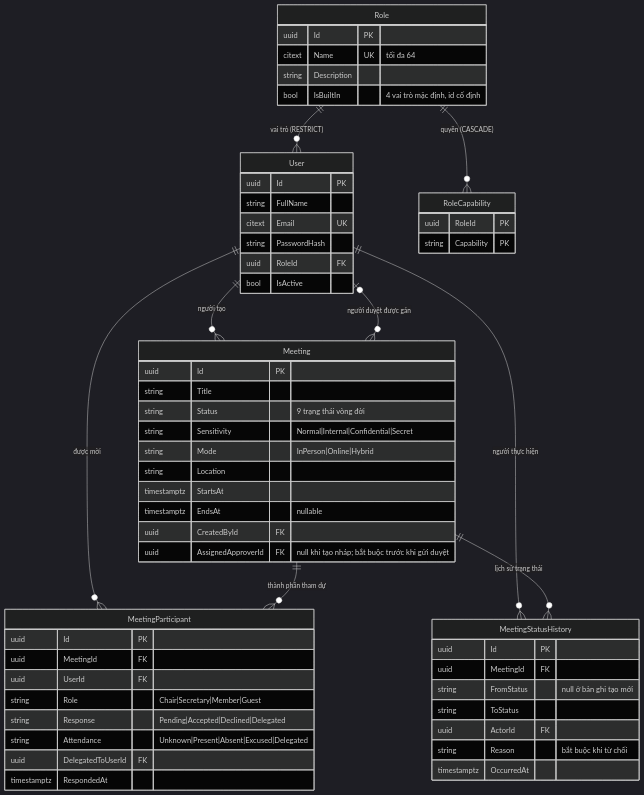
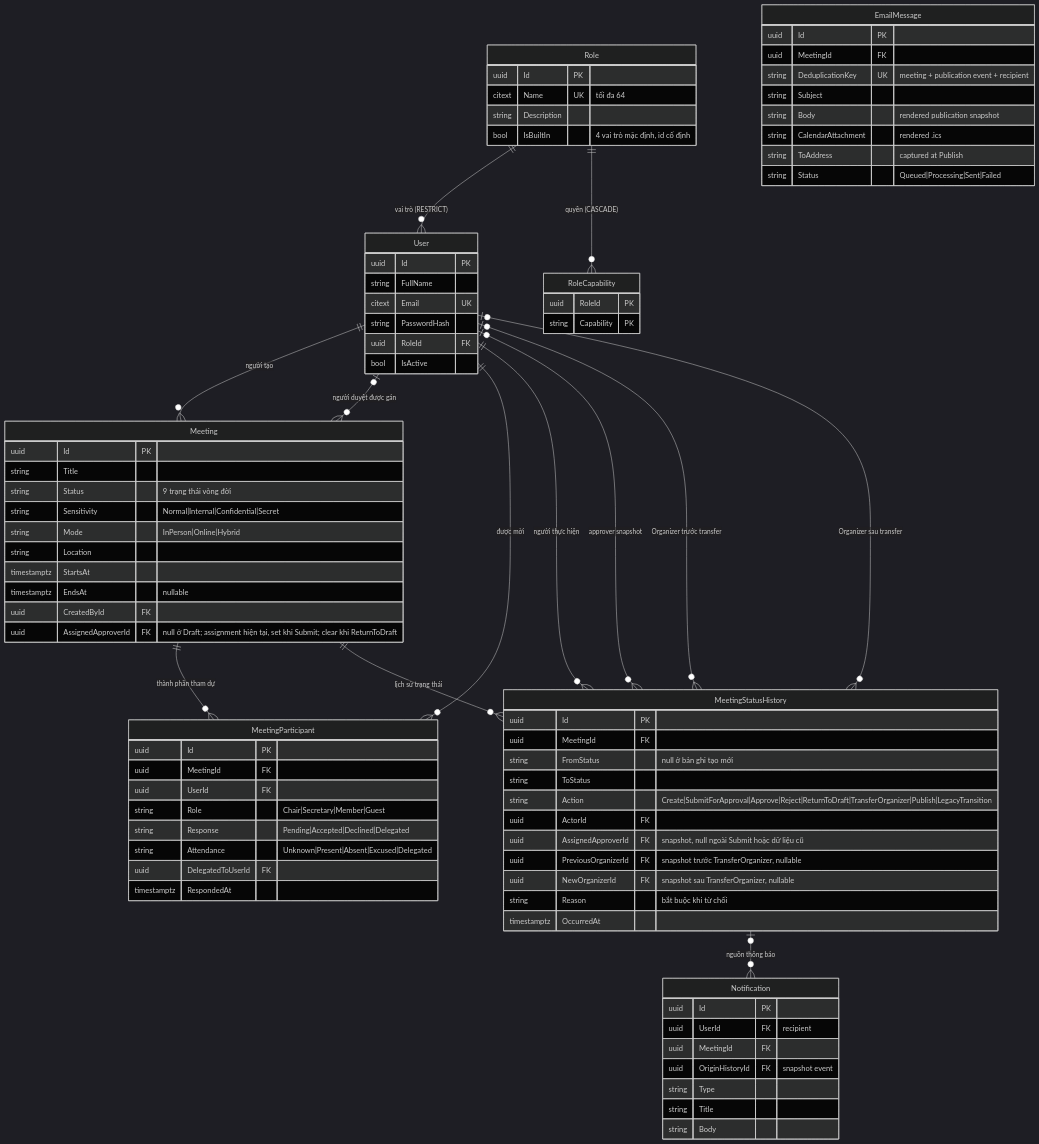
One commit to callmehai/FU-FA26-G116 changed the first of 5 diagrams in docs/02-design/02-erd.md. Above: the diagram before and after it, drawn with Mermaid (dark theme). The commit also changed other lines of this file and 132 other files, not shown here.

First line of the commit message:
SCRUM-19: Add meeting approval and publication workflow (#41)

````diff
--- a/docs/02-design/02-erd.md
+++ b/docs/02-design/02-erd.md
@@ -42,8 +42,12 @@
     User o|--o{ Meeting : "người duyệt được gán"
     User ||--o{ MeetingParticipant : "được mời"
     User ||--o{ MeetingStatusHistory : "người thực hiện"
+    User o|--o{ MeetingStatusHistory : "approver snapshot"
+    User o|--o{ MeetingStatusHistory : "Organizer trước transfer"
+    User o|--o{ MeetingStatusHistory : "Organizer sau transfer"
     Meeting ||--o{ MeetingParticipant : "thành phần tham dự"
     Meeting ||--o{ MeetingStatusHistory : "lịch sử trạng thái"
+    MeetingStatusHistory o|--o{ Notification : "nguồn thông báo"
 
     User {
         uuid Id PK
@@ -73,7 +77,7 @@
         timestamptz StartsAt
         timestamptz EndsAt "nullable"
         uuid CreatedById FK
-        uuid AssignedApproverId FK "null khi tạo nháp; bắt buộc trước khi gửi duyệt"
+        uuid AssignedApproverId FK "null ở Draft; assignment hiện tại, set khi Submit; clear khi ReturnToDraft"
     }
     MeetingParticipant {
         uuid Id PK
@@ -90,8 +94,31 @@
         uuid MeetingId FK
         string FromStatus "null ở bản ghi tạo mới"
         string ToStatus
+        string Action "Create|SubmitForApproval|Approve|Reject|ReturnToDraft|TransferOrganizer|Publish|LegacyTransition"
         uuid ActorId FK
+        uuid AssignedApproverId FK "snapshot, null ngoài Submit hoặc dữ liệu cũ"
+        uuid PreviousOrganizerId FK "snapshot trước TransferOrganizer, nullable"
+        uuid NewOrganizerId FK "snapshot sau TransferOrganizer, nullable"
         string Reason "bắt buộc khi từ chối"
         timestamptz OccurredAt
     }
+    Notification {
+        uuid Id PK
+        uuid UserId FK "recipient"
+        uuid MeetingId FK
+        uuid OriginHistoryId FK "snapshot event"
+        string Type
+        string Title
+        string Body
+    }
+    EmailMessage {
+        uuid Id PK
+        uuid MeetingId FK
+        string DeduplicationKey UK "meeting + publication event + recipient"
+        string Subject
+        string Body "rendered publication snapshot"
+        string CalendarAttachment "rendered .ics"
+        string ToAddress "captured at Publish"
+        string Status "Queued|Processing|Sent|Failed"
+    }
 ```
````
